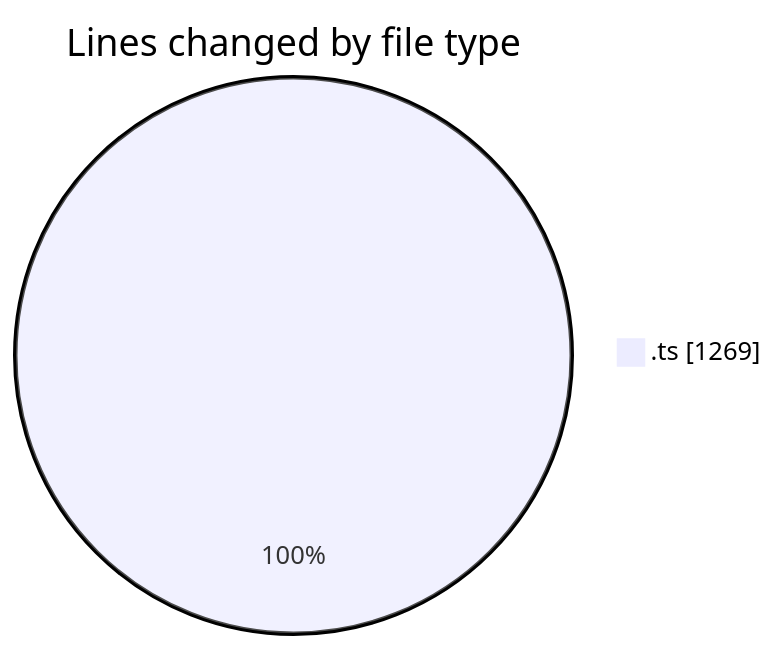
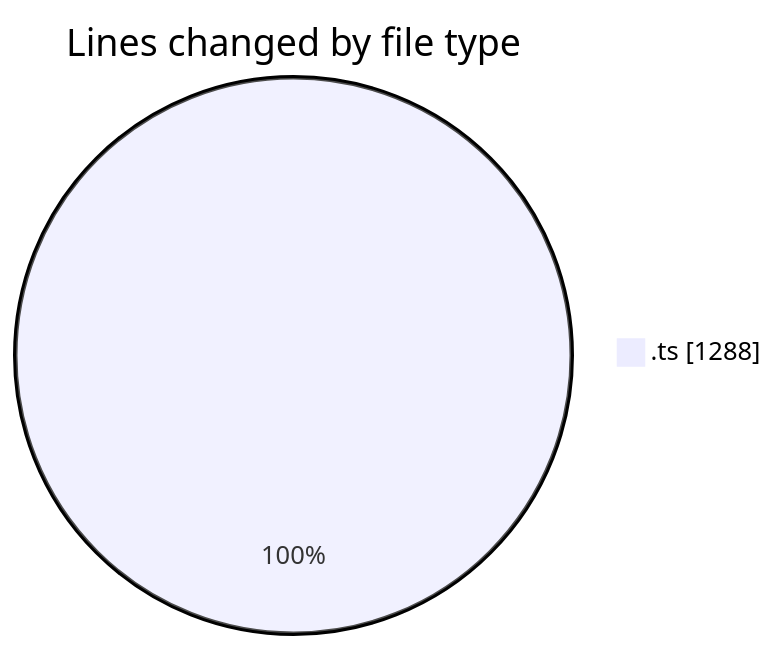
One commit to momahboobian/code-tracking changed the first of 2 diagrams in 2025-10-24/cda/README.md. Above: the diagram before and after it, drawn with Mermaid. The commit also changed other lines of this file and 1 other file, not shown here.

````diff
--- a/2025-10-24/cda/README.md
+++ b/2025-10-24/cda/README.md
@@ -22,5 +22,5 @@
 ```mermaid
 pie showData
 title Lines changed by file type
-".ts" : 1269
+".ts" : 1288
 ```
````
